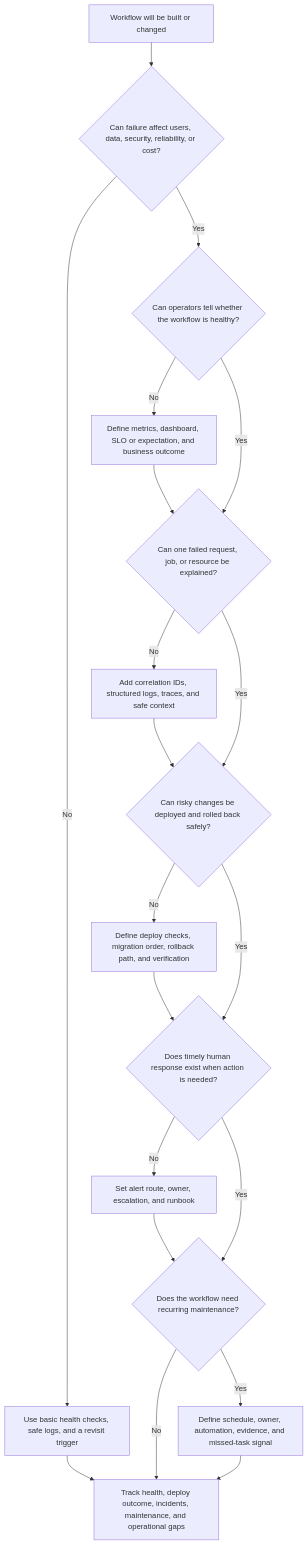
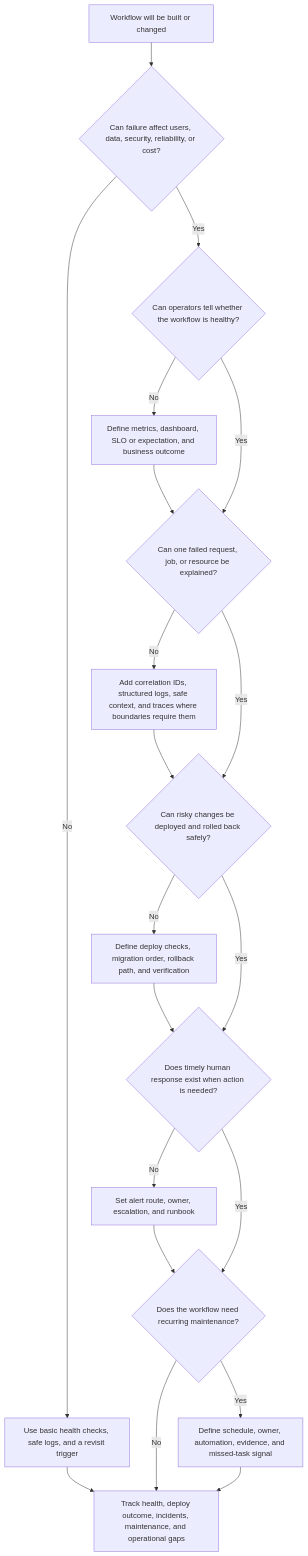
One commit to LeonSilva15/system-design changed the diagram in docs/requirements/operability.md. Above: the diagram before and after it, drawn with Mermaid. The commit also changed other lines of this file, not shown here.

Commit message:
docs(requirements): refine operability guidance

````diff
--- a/docs/requirements/operability.md
+++ b/docs/requirements/operability.md
@@ -86,28 +86,28 @@
 ```mermaid
 flowchart TD
     Start[Workflow will be built or changed] --> Impact{Can failure affect users, data, security, reliability, or cost?}
     Impact -->|No| Minimal[Use basic health checks, safe logs, and a revisit trigger]
     Impact -->|Yes| Monitor{Can operators tell whether the workflow is healthy?}
 
     Monitor -->|No| MonitoringPlan[Define metrics, dashboard, SLO or expectation, and business outcome]
-    Monitor -->|Yes| Debug
-    MonitoringPlan --> Debug{Can one failed request, job, or resource be explained?}
+    Monitor -->|Yes| Debug{Can one failed request, job, or resource be explained?}
+    MonitoringPlan --> Debug
 
-    Debug -->|No| DebugPlan[Add correlation IDs, structured logs, traces, and safe context]
-    Debug -->|Yes| Deploy
-    DebugPlan --> Deploy{Can risky changes be deployed and rolled back safely?}
+    Debug -->|No| DebugPlan[Add correlation IDs, structured logs, safe context, and traces where boundaries require them]
+    Debug -->|Yes| Deploy{Can risky changes be deployed and rolled back safely?}
+    DebugPlan --> Deploy
 
     Deploy -->|No| DeployPlan[Define deploy checks, migration order, rollback path, and verification]
-    Deploy -->|Yes| Response
-    DeployPlan --> Response{Does timely human response exist when action is needed?}
+    Deploy -->|Yes| Response{Does timely human response exist when action is needed?}
+    DeployPlan --> Response
 
     Response -->|No| ResponsePlan[Set alert route, owner, escalation, and runbook]
-    Response -->|Yes| Maintenance
-    ResponsePlan --> Maintenance{Does the workflow need recurring maintenance?}
+    Response -->|Yes| Maintenance{Does the workflow need recurring maintenance?}
+    ResponsePlan --> Maintenance
 
     Maintenance -->|No| Observe
     Maintenance -->|Yes| MaintenancePlan[Define schedule, owner, automation, evidence, and missed-task signal]
 
     Minimal --> Observe[Track health, deploy outcome, incidents, maintenance, and operational gaps]
     MaintenancePlan --> Observe
 ```
````
